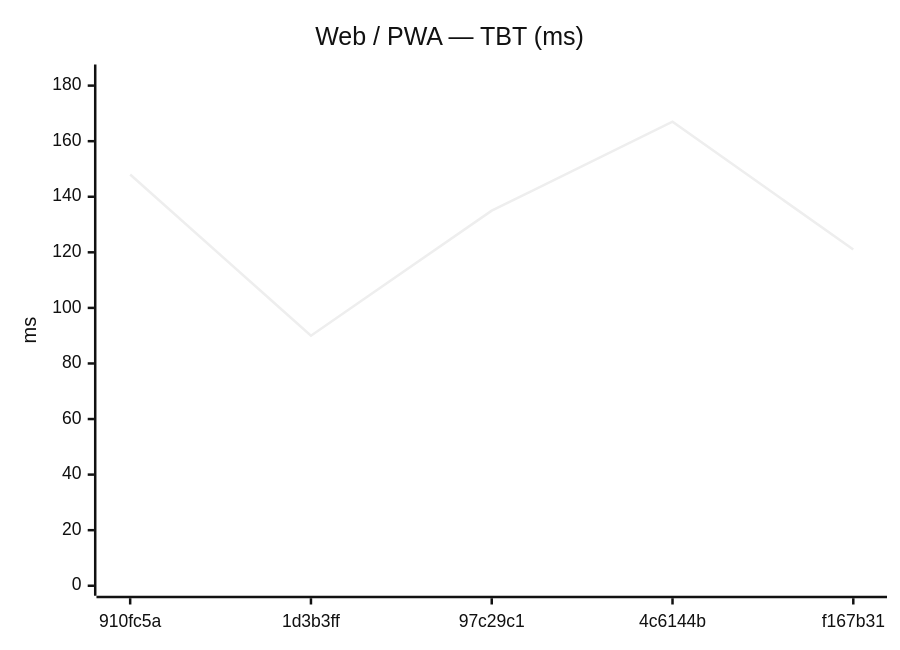
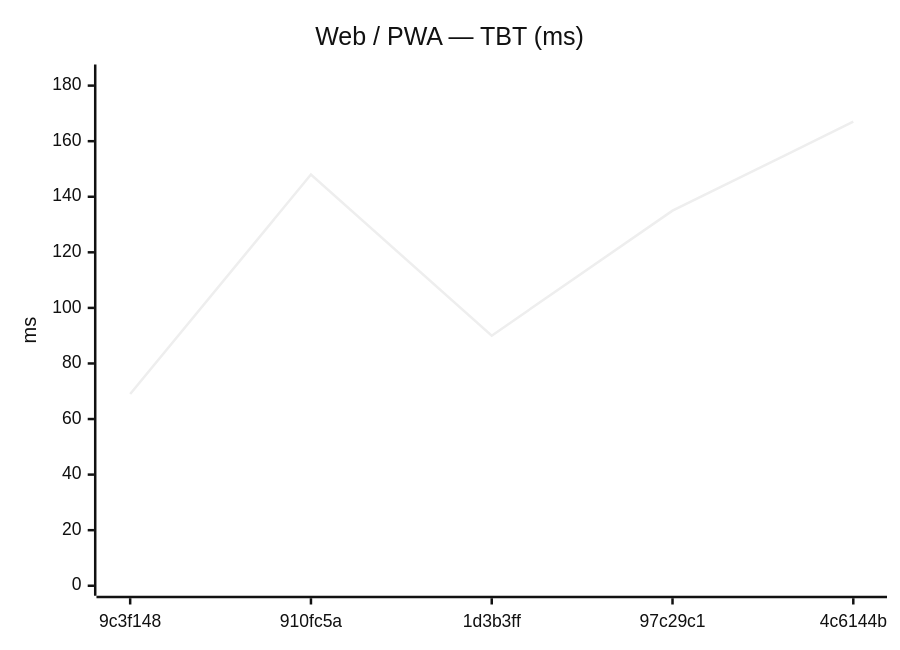
The eighth of 18 diagrams in benchmarks/compare.md (Metaheurist/Rianell), drawn with Mermaid (neutral theme) before and after one commit. The commit also changed other lines of this file and 11 other files, not shown here.

````diff
--- a/benchmarks/compare.md
+++ b/benchmarks/compare.md
@@ -124,7 +124,7 @@
 ```mermaid
 xychart-beta
     title "Web / PWA — TBT (ms)"
-    x-axis ["910fc5a", "1d3b3ff", "97c29c1", "4c6144b", "f167b31"]
+    x-axis ["9c3f148", "910fc5a", "1d3b3ff", "97c29c1", "4c6144b"]
     y-axis "ms" 0 --> 184
-    line [148, 90, 135, 167, 121]
+    line [69, 148, 90, 135, 167]
 ```
````
